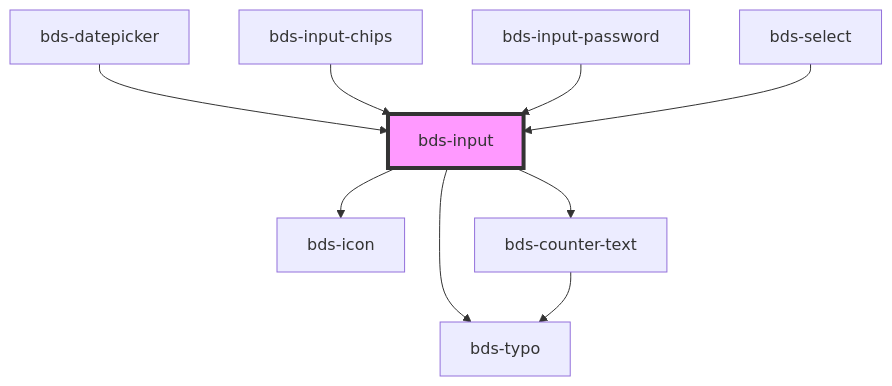
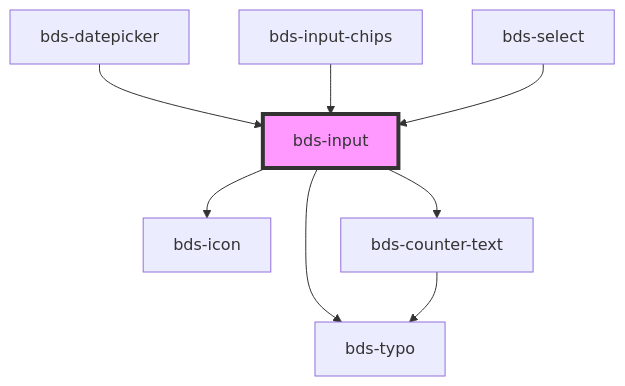
The diagram in src/components/input/readme.md (takenet/blip-ds), drawn with Mermaid before and after one commit. The commit also changed other lines of this file and 4 other files, not shown here.

Commit message:
fix(input-password): uncapsulate input from input-password

````diff
--- a/src/components/input/readme.md
+++ b/src/components/input/readme.md
@@ -136,12 +135,11 @@
 ```mermaid
 graph TD;
   bds-input --> bds-icon
   bds-input --> bds-typo
   bds-input --> bds-counter-text
   bds-counter-text --> bds-typo
   bds-datepicker --> bds-input
   bds-input-chips --> bds-input
-  bds-input-password --> bds-input
   bds-select --> bds-input
   style bds-input fill:#f9f,stroke:#333,stroke-width:4px
 ```
````
